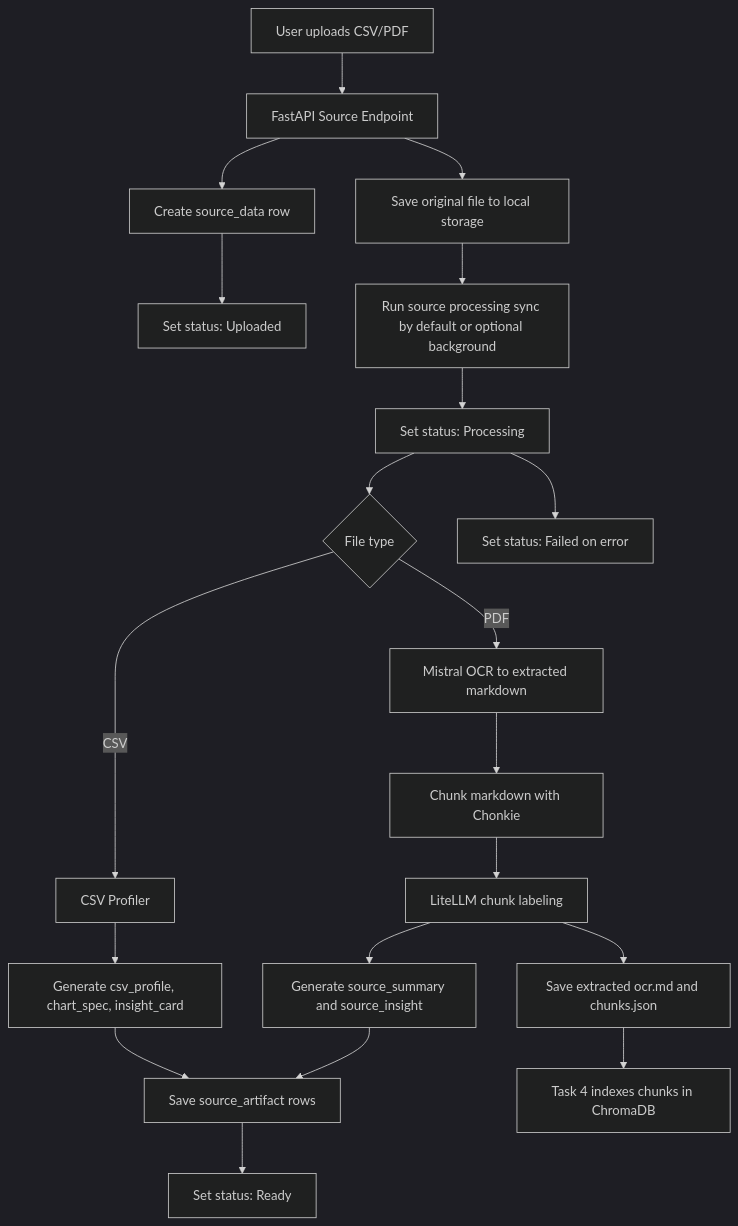
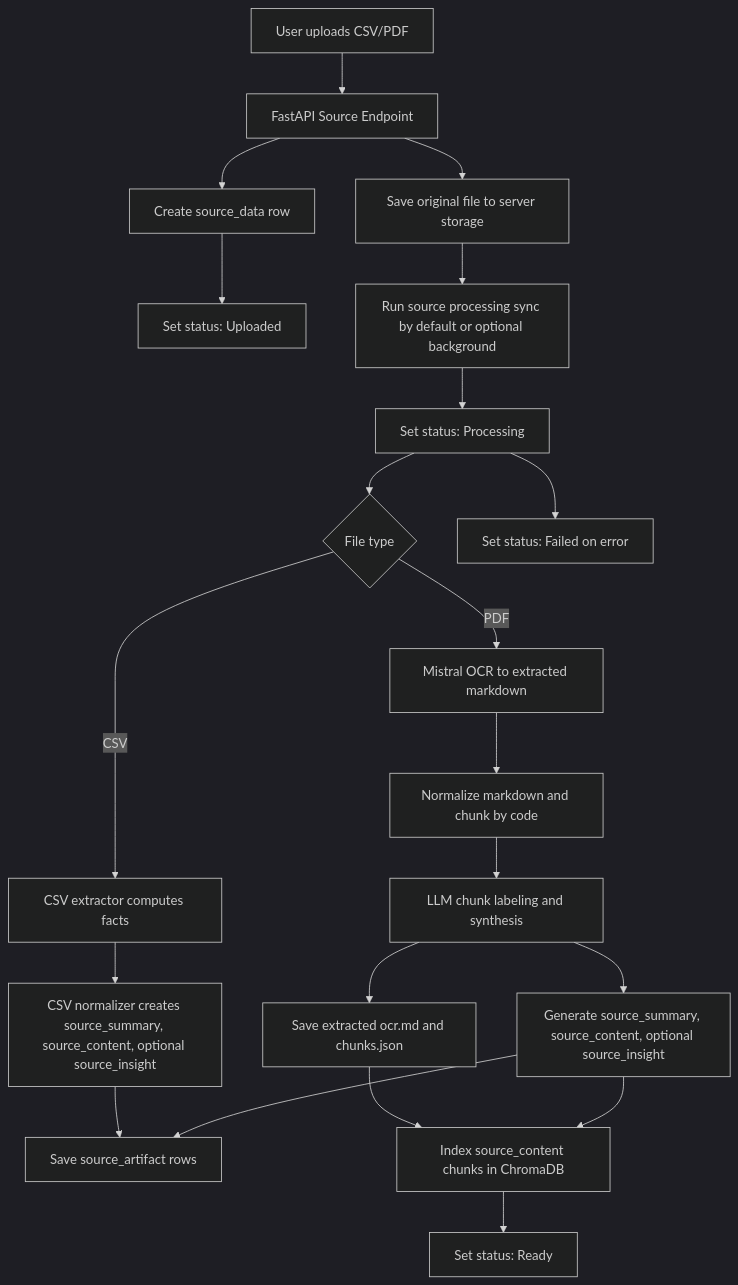
The first of 5 diagrams in docs/prd.md (kodvel/final-project), drawn with Mermaid (dark theme) before and after one commit. The commit also changed other lines of this file and 13 other files, not shown here.

````diff
--- a/docs/prd.md
+++ b/docs/prd.md
@@ -452,22 +580,23 @@
 ```mermaid
 flowchart TD
   A[User uploads CSV/PDF] --> B[FastAPI Source Endpoint]
   B --> C[Create source_data row]
-  B --> D[Save original file to local storage]
+  B --> D[Save original file to server storage]
   C --> E[Set status: Uploaded]
   D --> F[Run source processing sync by default or optional background]
   F --> G[Set status: Processing]
   G --> H{File type}
-  H -->|CSV| I[CSV Profiler]
-  I --> J[Generate csv_profile, chart_spec, insight_card]
+  H -->|CSV| I[CSV extractor computes facts]
+  I --> J[CSV normalizer creates source_summary, source_content, optional source_insight]
   J --> K[Save source_artifact rows]
   H -->|PDF| L[Mistral OCR to extracted markdown]
-  L --> M[Chunk markdown with Chonkie]
-  M --> N[LiteLLM chunk labeling]
+  L --> M[Normalize markdown and chunk by code]
+  M --> N[LLM chunk labeling and synthesis]
   N --> O[Save extracted ocr.md and chunks.json]
-  N --> P[Generate source_summary and source_insight]
-  O --> S[Task 4 indexes chunks in ChromaDB]
+  N --> P[Generate source_summary, source_content, optional source_insight]
+  O --> S[Index source_content chunks in ChromaDB]
+  P --> S
   P --> K
-  K --> Q[Set status: Ready]
+  S --> Q[Set status: Ready]
   G --> R[Set status: Failed on error]
 ```
````
